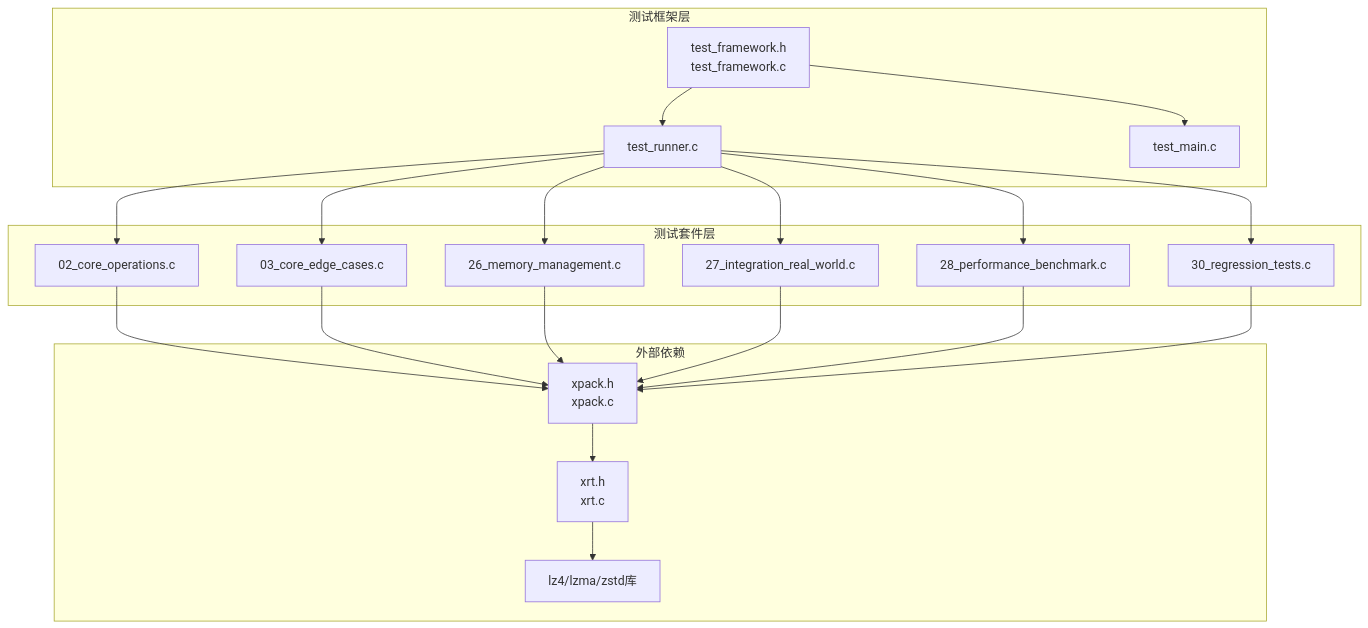
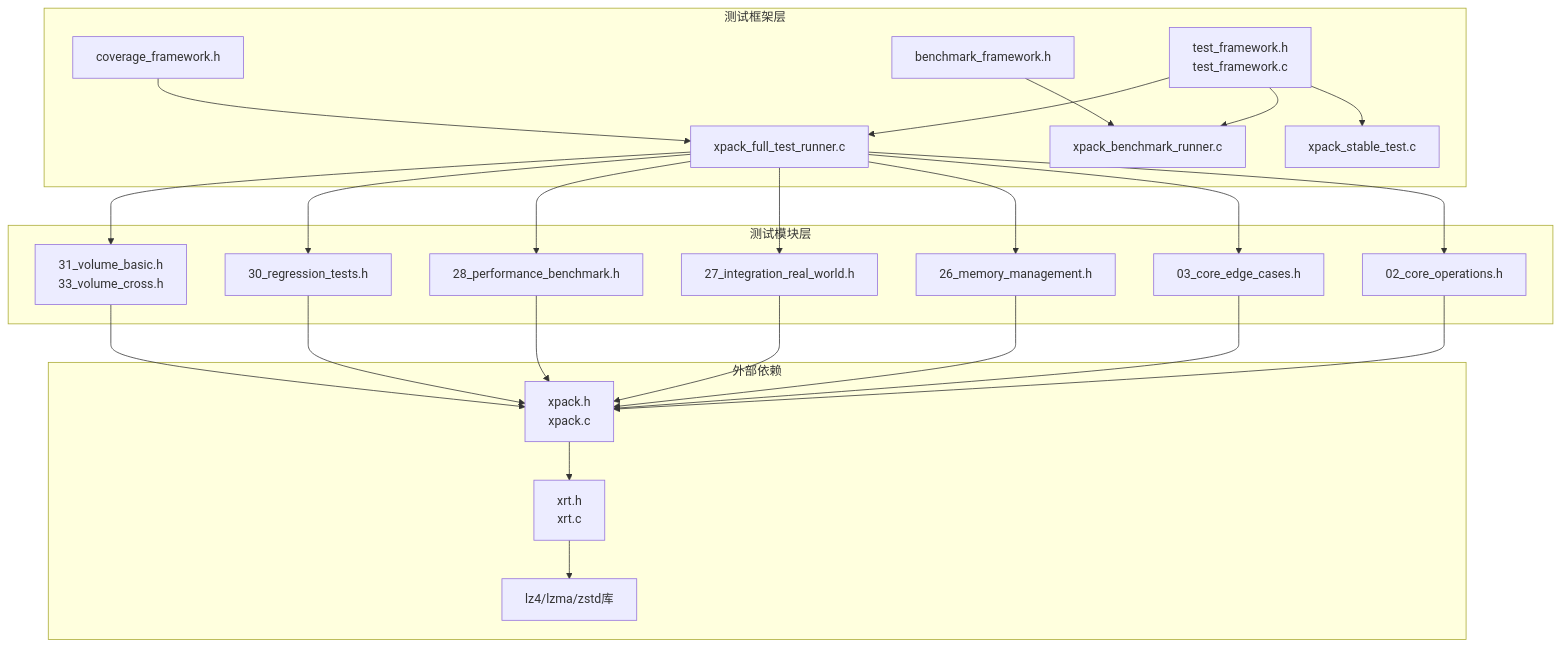
Before and after one commit to xywhsoft/xpack: the fifth of 5 diagrams in .qoder/repowiki/zh/content/开发者指南/测试框架.md, drawn with Mermaid. The commit also changed other lines of this file and 42 other files, not shown here.

````diff
--- a/.qoder/repowiki/zh/content/开发者指南/测试框架.md
+++ b/.qoder/repowiki/zh/content/开发者指南/测试框架.md
@@ -281,37 +372,46 @@
 ```mermaid
 graph TB
 subgraph "测试框架层"
 Framework["test_framework.h<br/>test_framework.c"]
-Runner["test_runner.c"]
-Main["test_main.c"]
+Coverage["coverage_framework.h"]
+Benchmark["benchmark_framework.h"]
+FullRunner["xpack_full_test_runner.c"]
+BenchRunner["xpack_benchmark_runner.c"]
+StableRunner["xpack_stable_test.c"]
 end
-subgraph "测试套件层"
-CoreOps["02_core_operations.c"]
-CoreEdge["03_core_edge_cases.c"]
-MemMgmt["26_memory_management.c"]
-Integration["27_integration_real_world.c"]
-PerfBenchmark["28_performance_benchmark.c"]
-Regression["30_regression_tests.c"]
+subgraph "测试模块层"
+CoreOps["02_core_operations.h"]
+CoreEdge["03_core_edge_cases.h"]
+MemMgmt["26_memory_management.h"]
+Integration["27_integration_real_world.h"]
+PerfBenchmark["28_performance_benchmark.h"]
+Regression["30_regression_tests.h"]
+Volume["31_volume_basic.h<br/>33_volume_cross.h"]
 end
 subgraph "外部依赖"
 XPack["xpack.h<br/>xpack.c"]
 XRT["xrt.h<br/>xrt.c"]
 Libs["lz4/lzma/zstd库"]
 end
-Framework --> Runner
-Framework --> Main
-Runner --> CoreOps
-Runner --> CoreEdge
-Runner --> MemMgmt
-Runner --> Integration
-Runner --> PerfBenchmark
-Runner --> Regression
+Framework --> FullRunner
+Framework --> BenchRunner
+Framework --> StableRunner
+Coverage --> FullRunner
+Benchmark --> BenchRunner
+FullRunner --> CoreOps
+FullRunner --> CoreEdge
+FullRunner --> MemMgmt
+FullRunner --> Integration
+FullRunner --> PerfBenchmark
+FullRunner --> Regression
+FullRunner --> Volume
 CoreOps --> XPack
 CoreEdge --> XPack
 MemMgmt --> XPack
 Integration --> XPack
 PerfBenchmark --> XPack
 Regression --> XPack
+Volume --> XPack
 XPack --> XRT
 XRT --> Libs
 ```
````
